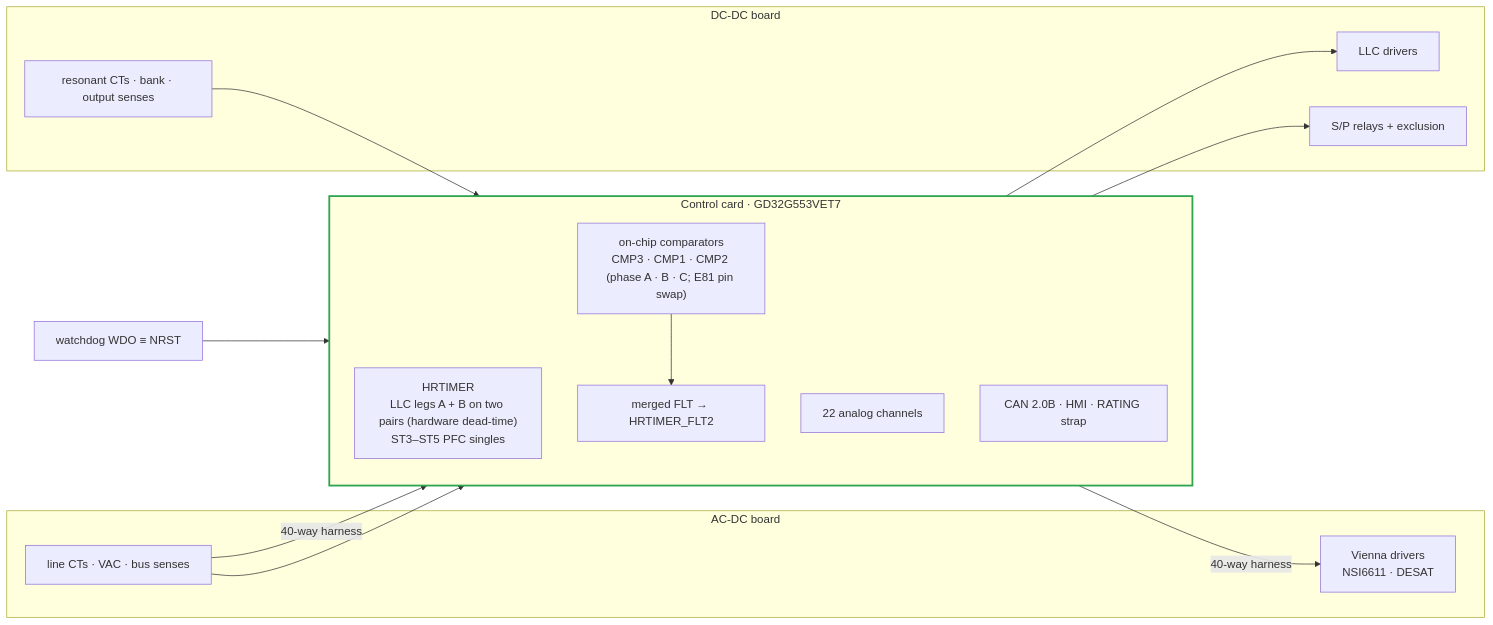
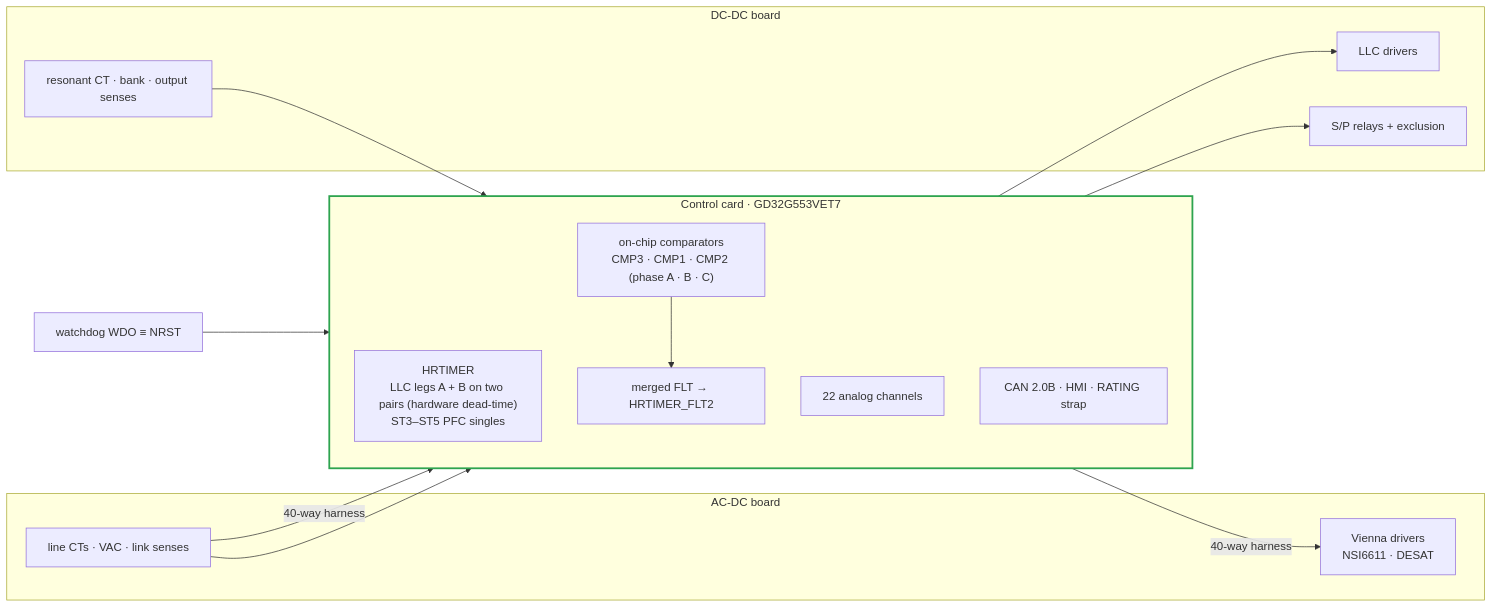
The second of 3 diagrams in docs/architecture.md (vectivolt/DC-Modules), drawn with Mermaid before and after one commit. The commit also changed other lines of this file and 802 other files, not shown here.

````diff
--- a/docs/architecture.md
+++ b/docs/architecture.md
@@ -87,29 +86,29 @@
 ```mermaid
 flowchart LR
   subgraph CARD["Control card · GD32G553VET7"]
     direction TB
     HR["HRTIMER<br/>LLC legs A + B on two pairs (hardware dead-time)<br/>ST3–ST5 PFC singles"]
-    CMP["on-chip comparators<br/>CMP3 · CMP1 · CMP2 (phase A · B · C; E81 pin swap)"]
+    CMP["on-chip comparators<br/>CMP3 · CMP1 · CMP2 (phase A · B · C)"]
     ADC["22 analog channels"]
     FLT["merged FLT → HRTIMER_FLT2"]
     COM["CAN 2.0B · HMI · RATING strap"]
   end
   subgraph ACDC["AC-DC board"]
     PFCDRV["Vienna drivers<br/>NSI6611 · DESAT"]
-    LCT["line CTs · VAC · bus senses"]
+    LCT["line CTs · VAC · link senses"]
   end
   subgraph DCDC["DC-DC board"]
     LLCDRV["LLC drivers"]
-    RCT["resonant CTs · bank · output senses"]
+    RCT["resonant CT · bank · output senses"]
     SPM["S/P relays + exclusion"]
   end
   HR -- "40-way harness" --> PFCDRV
   LCT -- "40-way harness" --> ADC
   LCT --> CMP
   HR --> LLCDRV
   RCT --> ADC
   CMP --> FLT
   COM --> SPM
   WD["watchdog WDO ≡ NRST"] --> CARD
   style CARD stroke:#2ea44f,stroke-width:2.5px
 ```
````
